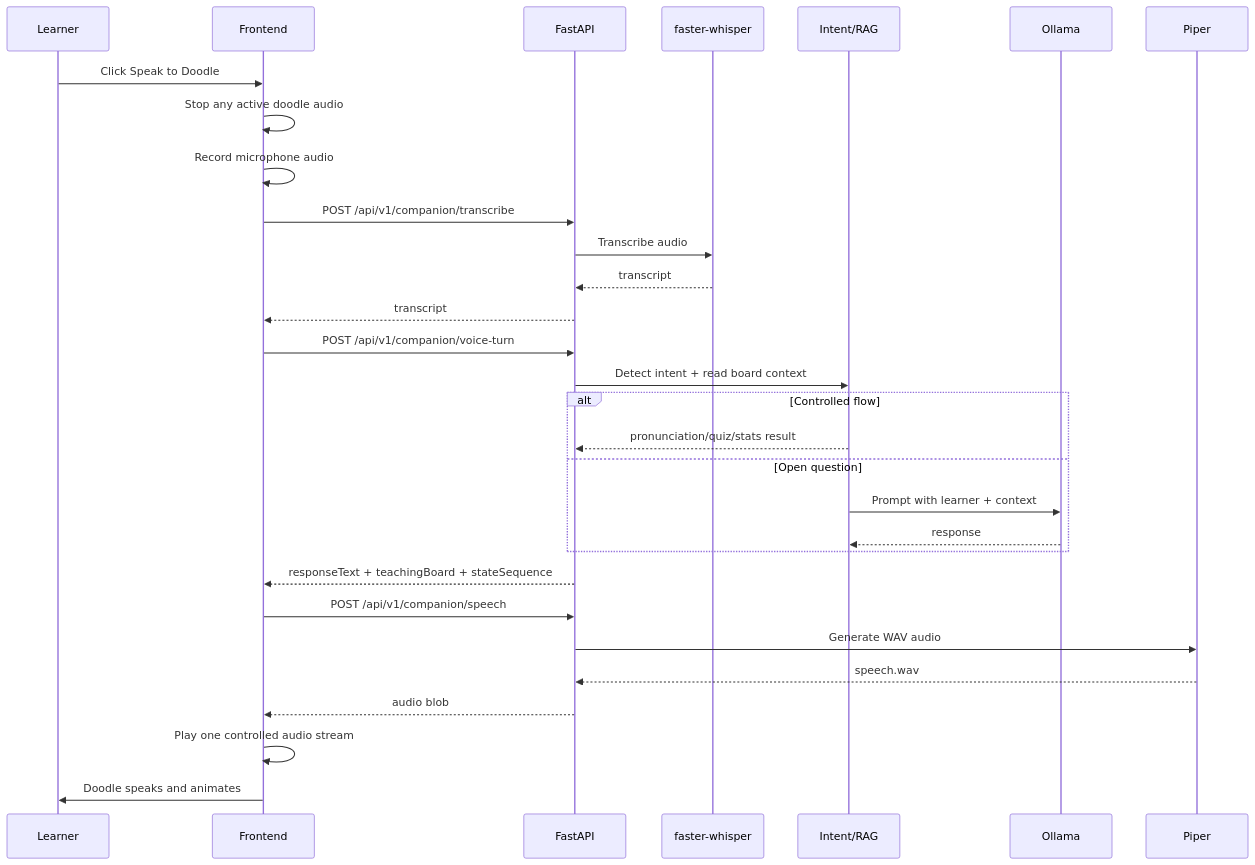
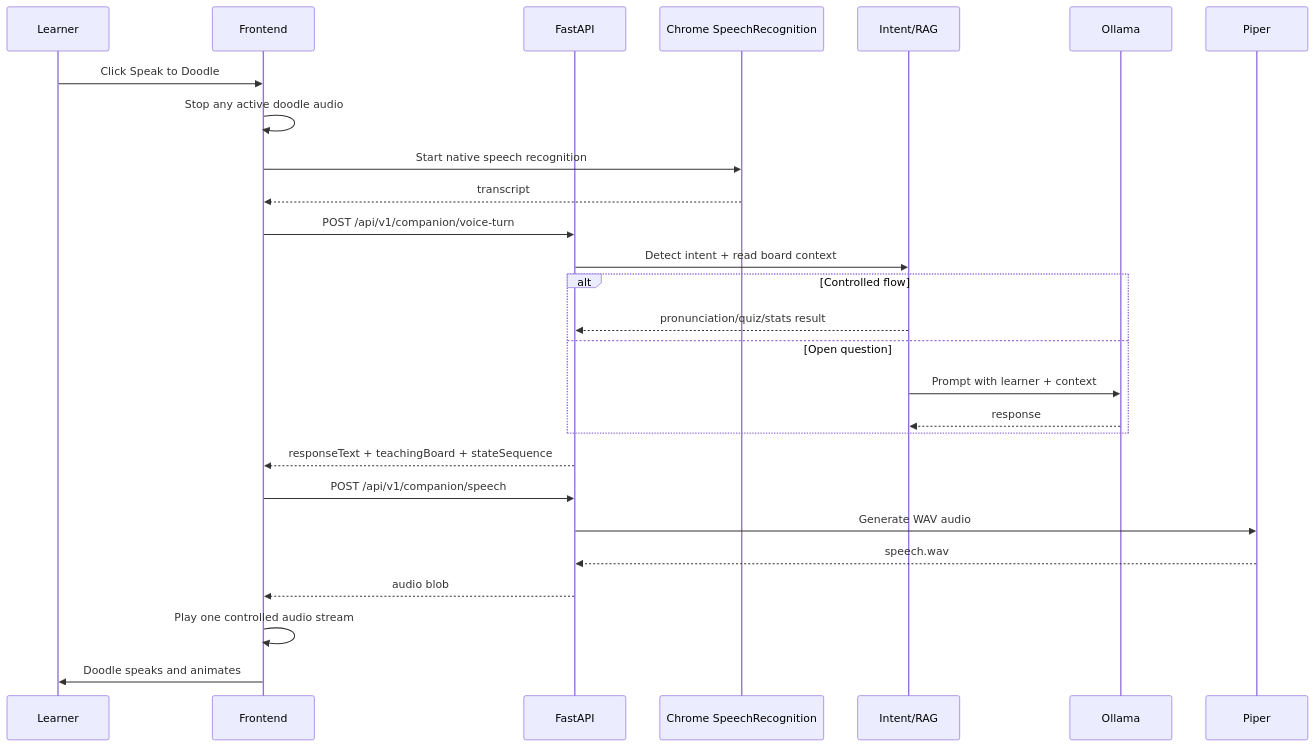
The second of 5 diagrams in readme.md (Payoshnee/DyslexiaLearn), drawn with Mermaid before and after one commit. The commit also changed other lines of this file and 11 other files, not shown here.

````diff
--- a/readme.md
+++ b/readme.md
@@ -98,33 +96,30 @@
 ```mermaid
 sequenceDiagram
   participant U as Learner
   participant F as Frontend
   participant B as FastAPI
-  participant W as faster-whisper
+  participant C as Chrome SpeechRecognition
   participant R as Intent/RAG
   participant L as Ollama
   participant P as Piper
 
   U->>F: Click Speak to Doodle
   F->>F: Stop any active doodle audio
-  F->>F: Record microphone audio
-  F->>B: POST /api/v1/companion/transcribe
-  B->>W: Transcribe audio
-  W-->>B: transcript
-  B-->>F: transcript
+  F->>C: Start native speech recognition
+  C-->>F: transcript
   F->>B: POST /api/v1/companion/voice-turn
   B->>R: Detect intent + read board context
   alt Controlled flow
     R-->>B: pronunciation/quiz/stats result
   else Open question
     R->>L: Prompt with learner + context
     L-->>R: response
   end
   B-->>F: responseText + teachingBoard + stateSequence
   F->>B: POST /api/v1/companion/speech
   B->>P: Generate WAV audio
   P-->>B: speech.wav
   B-->>F: audio blob
   F->>F: Play one controlled audio stream
   F->>U: Doodle speaks and animates
 ```
````
